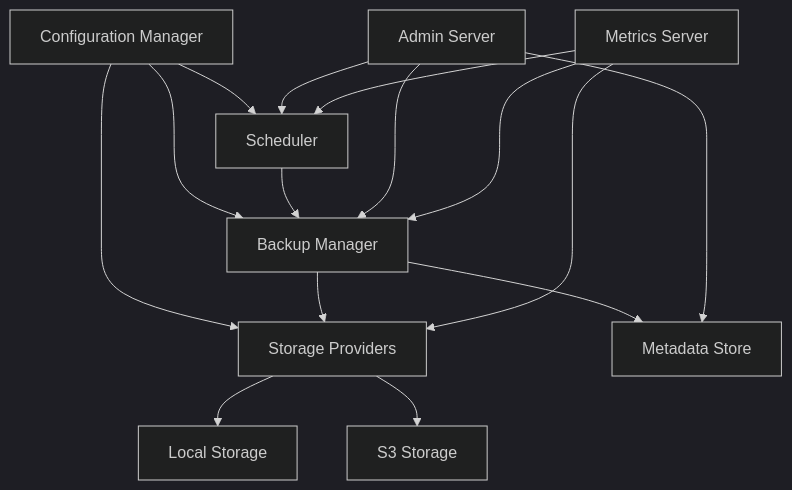
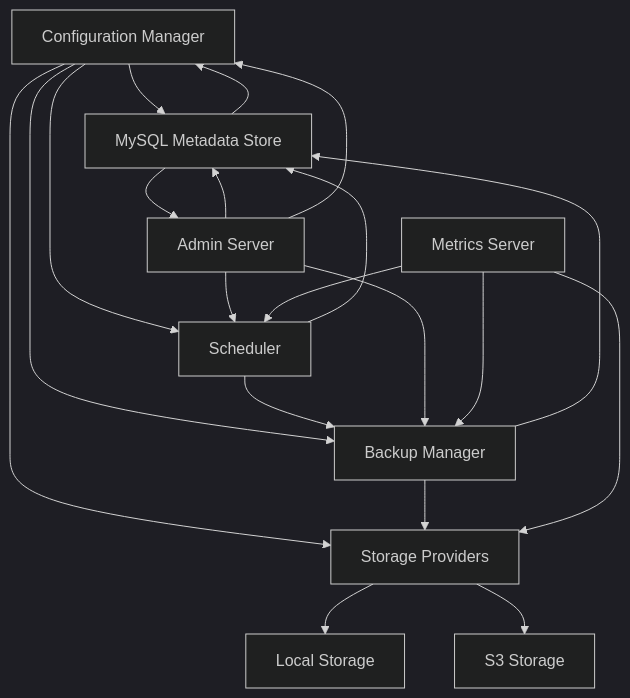
One commit to SupportTools/GoSQLGuard changed the first of 3 diagrams in memory-bank/systemPatterns.md. Above: the diagram before and after it, drawn with Mermaid (dark theme). The commit also changed other lines of this file and 75 other files, not shown here.

First line of the commit message:
Major refactor: Add MySQL-based configuration management and modern UI

````diff
--- a/memory-bank/systemPatterns.md
+++ b/memory-bank/systemPatterns.md
@@ -9,21 +9,27 @@
 ```mermaid
 flowchart TD
-    Config[Configuration Manager] --> Scheduler
+    Config[Configuration Manager] --> MetadataStore
+    Config --> Scheduler
     Config --> Storage
     Config --> BackupManager
     
+    MetadataStore[MySQL Metadata Store] --> Config
+    MetadataStore --> AdminServer
+    
     Scheduler[Scheduler] --> BackupManager[Backup Manager]
+    Scheduler --> MetadataStore
     BackupManager --> Storage[Storage Providers]
-    BackupManager --> MetadataStore[Metadata Store]
+    BackupManager --> MetadataStore
     
     AdminServer[Admin Server] --> BackupManager
     AdminServer --> MetadataStore
     AdminServer --> Scheduler
+    AdminServer --> Config
     
     MetricsServer[Metrics Server] --> BackupManager
     MetricsServer --> Scheduler
     MetricsServer --> Storage
     
     Storage --> Local[Local Storage]
     Storage --> S3[S3 Storage]
 ```
````
